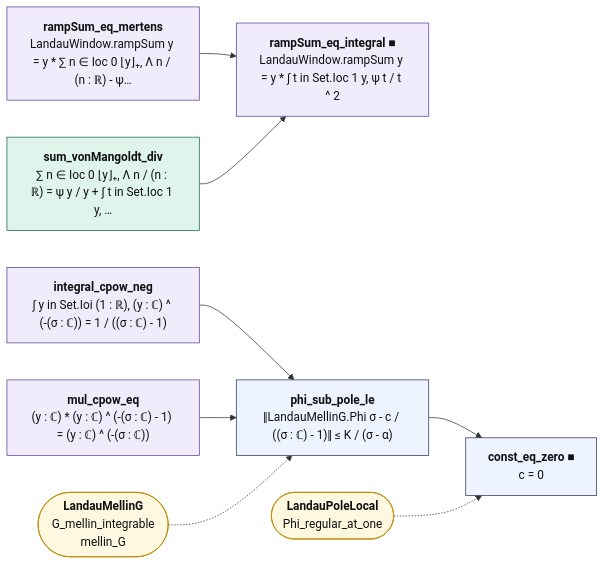
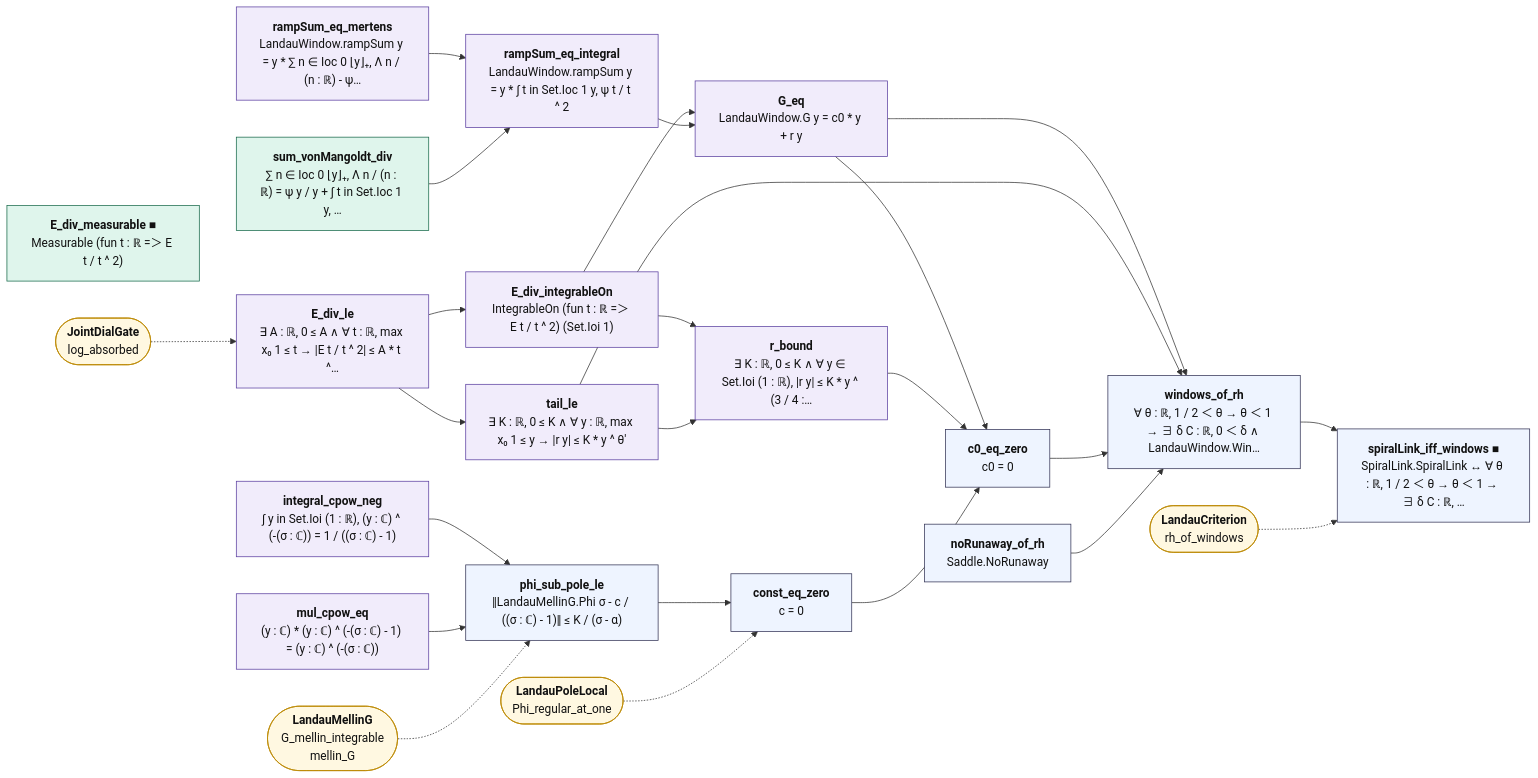
The diagram in map/lean_stage3/WindowsOfRH.mmd (juliansambranojr/Primebeat_081426), drawn with Mermaid before and after one commit. The commit also changed 30 other files, not shown here.

First line of the commit message:
Block R16: RH gives the window bound, a two-way face of the chain (unit 0507)

```diff
--- a/map/lean_stage3/WindowsOfRH.mmd
+++ b/map/lean_stage3/WindowsOfRH.mmd
@@ -1,25 +1,53 @@
 flowchart LR
   n0["<b>rampSum_eq_mertens</b><br/>LandauWindow.rampSum y = y * ∑ n ∈ Ioc 0 ⌊y⌋₊, Λ n / (n : ℝ) - ψ…"]:::shp
   n1["<b>sum_vonMangoldt_div</b><br/>∑ n ∈ Ioc 0 ⌊y⌋₊, Λ n / (n : ℝ) = ψ y / y + ∫ t in Set.Ioc 1 y, …"]:::cnt
-  n2["<b>rampSum_eq_integral ■</b><br/>LandauWindow.rampSum y = y * ∫ t in Set.Ioc 1 y, ψ t / t ^ 2"]:::shp
+  n2["<b>rampSum_eq_integral</b><br/>LandauWindow.rampSum y = y * ∫ t in Set.Ioc 1 y, ψ t / t ^ 2"]:::shp
   n3["<b>integral_cpow_neg</b><br/>∫ y in Set.Ioi (1 : ℝ), (y : ℂ) ^ (-(σ : ℂ)) = 1 / ((σ : ℂ) - 1)"]:::shp
   n4["<b>mul_cpow_eq</b><br/>(y : ℂ) * (y : ℂ) ^ (-(σ : ℂ) - 1) = (y : ℂ) ^ (-(σ : ℂ))"]:::shp
   n5["<b>phi_sub_pole_le</b><br/>‖LandauMellinG.Phi σ - c / ((σ : ℂ) - 1)‖ ≤ K / (σ - α)"]:::thm
-  n6["<b>const_eq_zero ■</b><br/>c = 0"]:::thm
+  n6["<b>const_eq_zero</b><br/>c = 0"]:::thm
+  n7["<b>noRunaway_of_rh</b><br/>Saddle.NoRunaway"]:::thm
+  n8["<b>E_div_measurable ■</b><br/>Measurable (fun t : ℝ =＞ E t / t ^ 2)"]:::cnt
+  n9["<b>E_div_le</b><br/>∃ A : ℝ, 0 ≤ A ∧ ∀ t : ℝ, max x₀ 1 ≤ t → |E t / t ^ 2| ≤ A * t ^…"]:::shp
+  n10["<b>E_div_integrableOn</b><br/>IntegrableOn (fun t : ℝ =＞ E t / t ^ 2) (Set.Ioi 1)"]:::shp
+  n11["<b>G_eq</b><br/>LandauWindow.G y = c0 * y + r y"]:::shp
+  n12["<b>tail_le</b><br/>∃ K : ℝ, 0 ≤ K ∧ ∀ y : ℝ, max x₀ 1 ≤ y → |r y| ≤ K * y ^ θ'"]:::shp
+  n13["<b>r_bound</b><br/>∃ K : ℝ, 0 ≤ K ∧ ∀ y ∈ Set.Ioi (1 : ℝ), |r y| ≤ K * y ^ (3 / 4 :…"]:::shp
+  n14["<b>c0_eq_zero</b><br/>c0 = 0"]:::thm
+  n15["<b>windows_of_rh</b><br/>∀ θ : ℝ, 1 / 2 ＜ θ → θ ＜ 1 → ∃ δ C : ℝ, 0 ＜ δ ∧ LandauWindow.Win…"]:::thm
+  n16["<b>spiralLink_iff_windows ■</b><br/>SpiralLink.SpiralLink ↔ ∀ θ : ℝ, 1 / 2 ＜ θ → θ ＜ 1 → ∃ δ C : ℝ, …"]:::thm
   x0(["<b>LandauMellinG</b><br/>G_mellin_integrable<br/>mellin_G"]):::ext
   x1(["<b>LandauPoleLocal</b><br/>Phi_regular_at_one"]):::ext
+  x2(["<b>JointDialGate</b><br/>log_absorbed"]):::ext
+  x3(["<b>LandauCriterion</b><br/>rh_of_windows"]):::ext
   n0 --> n2
   n1 --> n2
+  n10 --> n11
+  n10 --> n13
+  n11 --> n14
+  n11 --> n15
+  n12 --> n13
+  n12 --> n15
+  n13 --> n14
+  n14 --> n15
+  n15 --> n16
+  n2 --> n11
   n3 --> n5
   n4 --> n5
   n5 --> n6
+  n6 --> n14
+  n7 --> n15
+  n9 --> n10
+  n9 --> n12
   x0 -.-> n5
   x1 -.-> n6
+  x2 -.-> n9
+  x3 -.-> n16
   classDef cnt fill:#dff5ec,stroke:#17694a,color:#111
   classDef shp fill:#f1ecfb,stroke:#5b3fa0,color:#111
   classDef rh fill:#ffe5e5,stroke:#c22,color:#111,stroke-width:2px
   classDef thm fill:#eef4ff,stroke:#335,color:#111
   classDef end_ fill:#e7f7e7,stroke:#2a7,color:#111,stroke-width:2px
   classDef lone fill:#fff,stroke:#999,color:#111,stroke-dasharray:4 3
   classDef bad fill:#ffe5e5,stroke:#c22,color:#111,stroke-width:2px
   classDef ext fill:#fff8e1,stroke:#b80,color:#111
```
